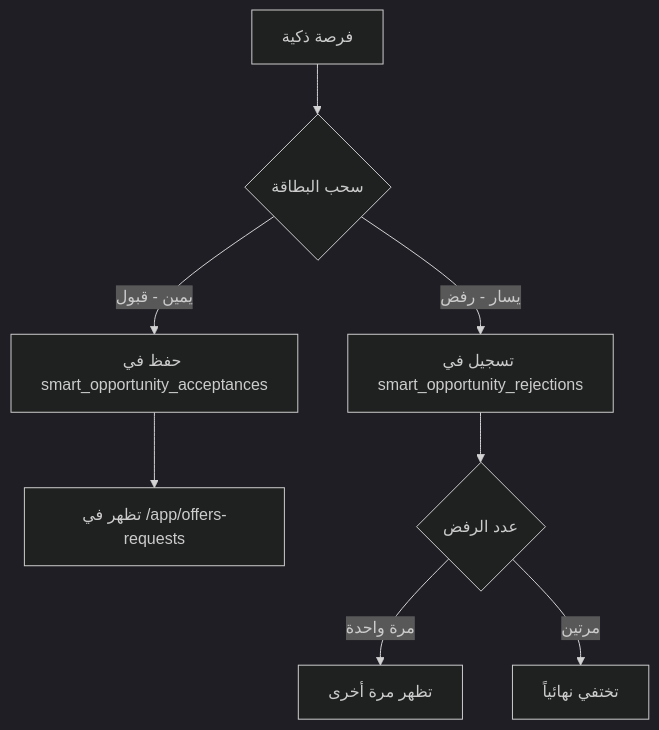
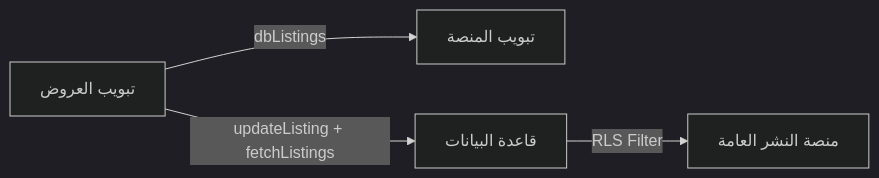
One commit to idrealestat/strict-blueprint changed the diagram in docs/PROTECTED_ROUTES.md. Above: the diagram before and after it, drawn with Mermaid (dark theme). The commit also changed other lines of this file, not shown here.

````diff
--- a/docs/PROTECTED_ROUTES.md
+++ b/docs/PROTECTED_ROUTES.md
@@ -70,10 +91,6 @@
 ```mermaid
-graph TD
-    A[فرصة ذكية] --> B{سحب البطاقة}
-    B -->|يمين - قبول| C[حفظ في smart_opportunity_acceptances]
-    B -->|يسار - رفض| D[تسجيل في smart_opportunity_rejections]
-    C --> E[تظهر في /app/offers-requests]
-    D --> F{عدد الرفض}
-    F -->|مرة واحدة| G[تظهر مرة أخرى]
-    F -->|مرتين| H[تختفي نهائياً]
+graph LR
+    A[تبويب العروض] -->|dbListings| B[تبويب المنصة]
+    A -->|updateListing + fetchListings| C[قاعدة البيانات]
+    C -->|RLS Filter| D[منصة النشر العامة]
 ```
````
